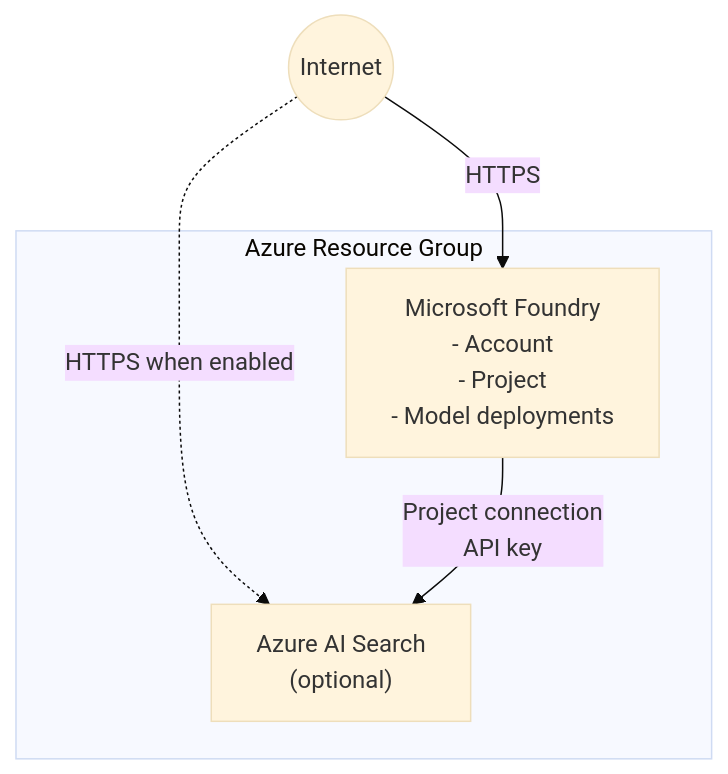
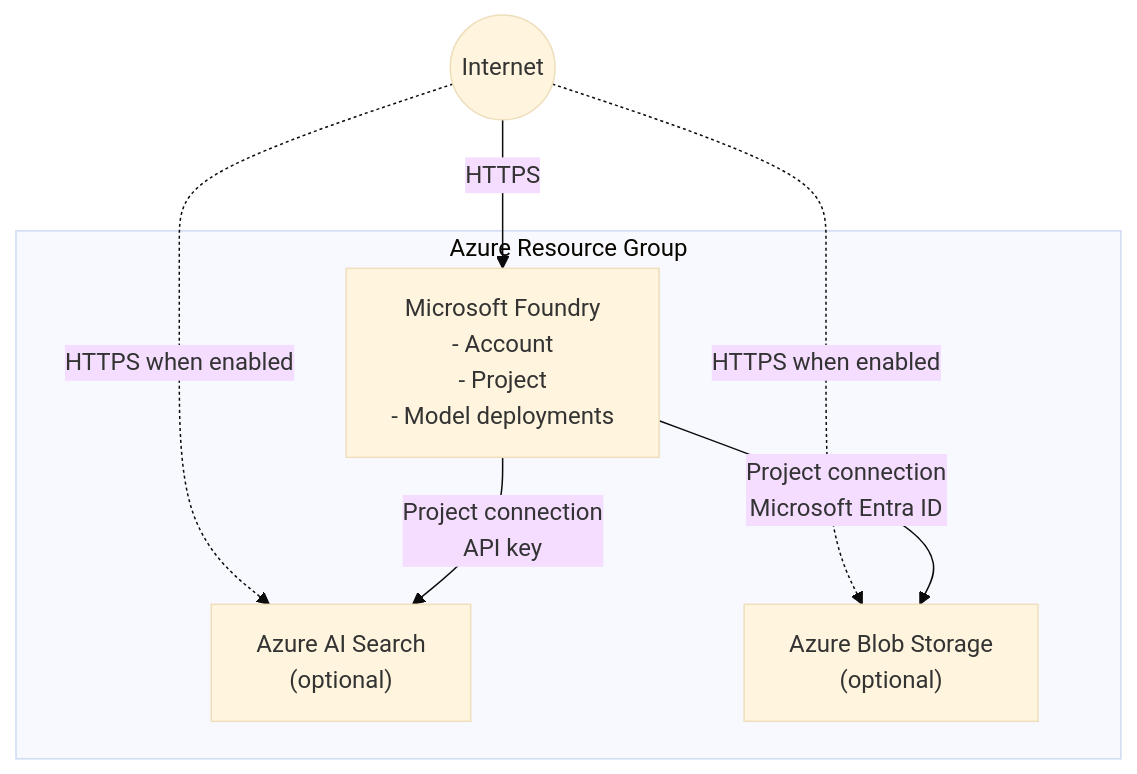
The diagram in infra/scenarios/azure_microsoft_foundry/README.md (ks6088ts/template-terraform), drawn with Mermaid (base theme) before and after one commit. The commit also changed other lines of this file and 7 other files, not shown here.

Commit message:
feat: add Azure Blob Storage deployment and connection to Microsoft Foundry project

````diff
--- a/infra/scenarios/azure_microsoft_foundry/README.md
+++ b/infra/scenarios/azure_microsoft_foundry/README.md
@@ -13,13 +14,16 @@
 ```mermaid
 flowchart TB
     Internet((Internet))
 
     subgraph Azure["Azure Resource Group"]
         MF["Microsoft Foundry<br/>- Account<br/>- Project<br/>- Model deployments"]
         Search["Azure AI Search<br/>(optional)"]
+        Storage["Azure Blob Storage<br/>(optional)"]
     end
 
     Internet -->|HTTPS| MF
     Internet -.->|HTTPS when enabled| Search
+    Internet -.->|HTTPS when enabled| Storage
     MF -->|Project connection<br/>API key| Search
+    MF -->|Project connection<br/>Microsoft Entra ID| Storage
 ```
````
